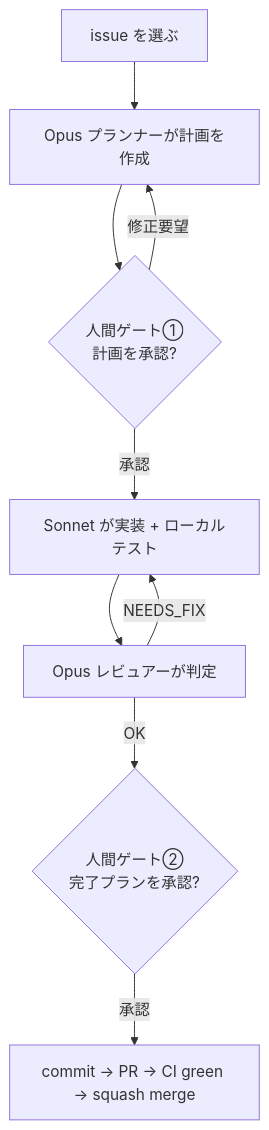
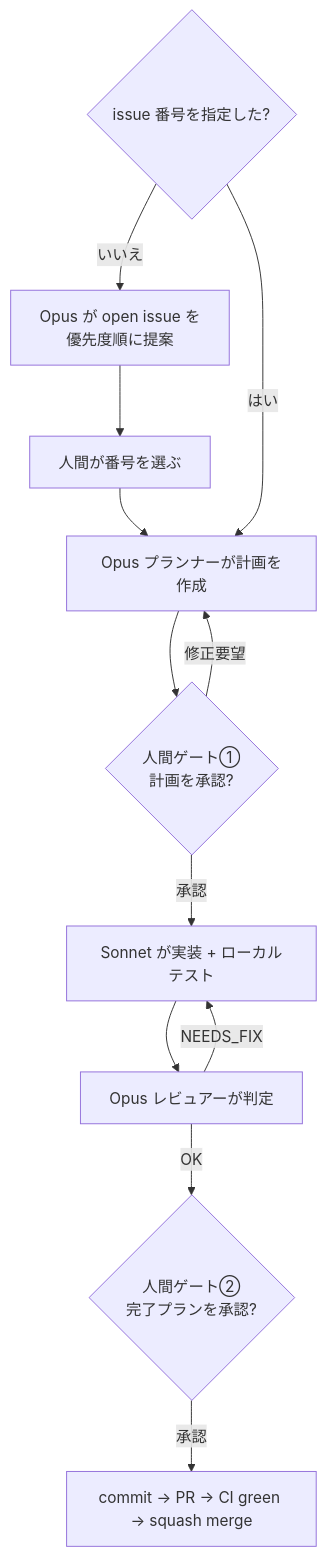
The second of 2 diagrams in docs/guide/development.md (tanatosflower/stock-monitor-docs), drawn with Mermaid before and after one commit. The commit also changed other lines of this file, not shown here.

Commit message:
fix(guide): correct multi-agent flow description to match actual implementation

````diff
--- a/docs/guide/development.md
+++ b/docs/guide/development.md
@@ -103,11 +106,14 @@
 ```mermaid
 flowchart TD
-    A[issue を選ぶ] --> B[Opus プランナーが計画を作成]
+    A{issue 番号を指定した?} -- いいえ --> P[Opus が open issue を<br/>優先度順に提案]
+    P --> S[人間が番号を選ぶ]
+    S --> B[Opus プランナーが計画を作成]
+    A -- はい --> B
     B --> C{人間ゲート①<br/>計画を承認?}
     C -- 修正要望 --> B
     C -- 承認 --> D[Sonnet が実装 + ローカルテスト]
     D --> E[Opus レビュアーが判定]
     E -- NEEDS_FIX --> D
     E -- OK --> F{人間ゲート②<br/>完了プランを承認?}
     F -- 承認 --> G[commit → PR → CI green → squash merge]
 ```
````
